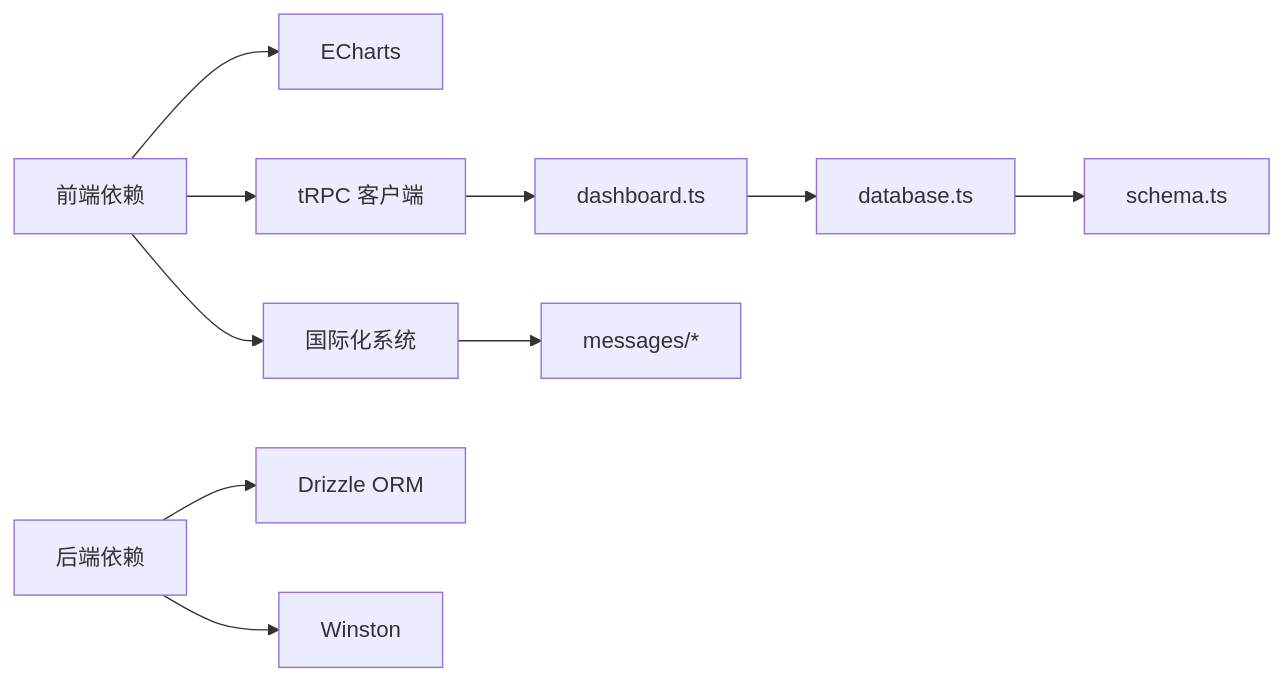
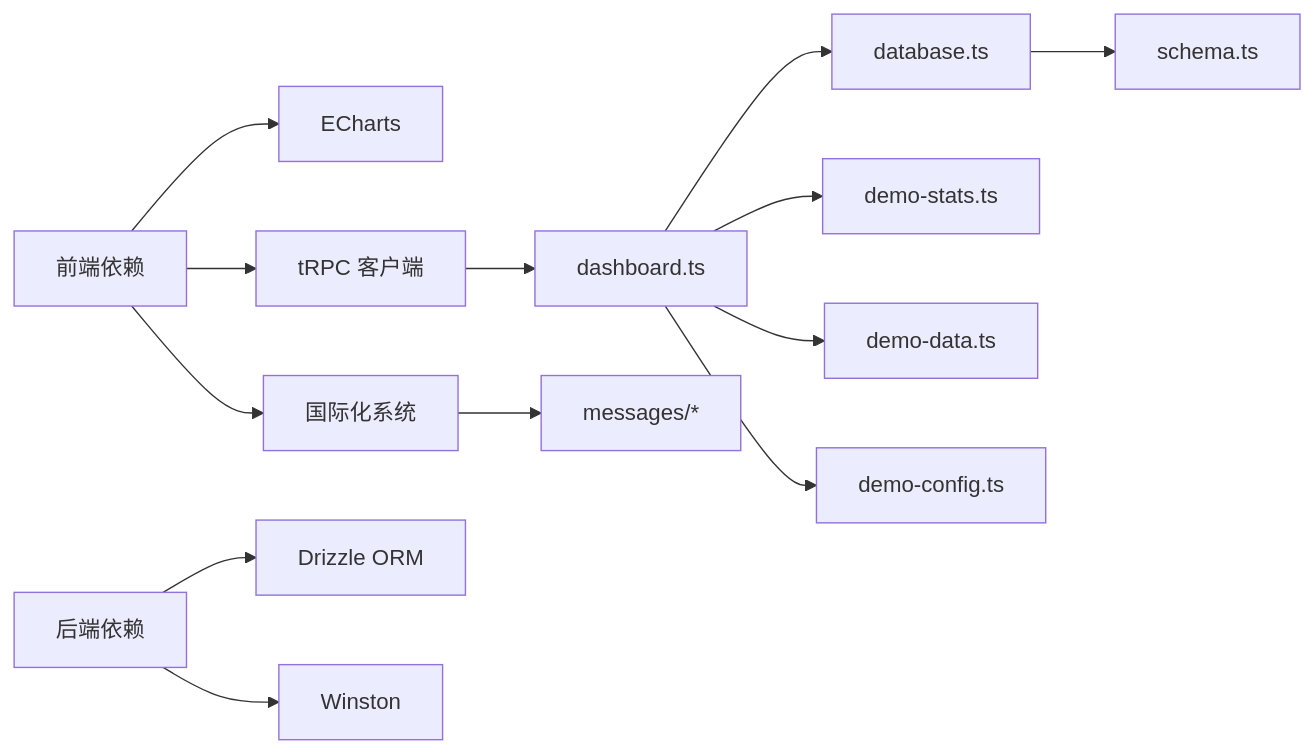
One commit to RadiumAg/AIGate changed diagram 17 of 17 in .qoder/repowiki/zh/content/监控与分析/监控与分析.md. Above: the diagram before and after it, drawn with Mermaid. The commit also changed other lines of this file and 7 other files, not shown here.

````diff
--- a/.qoder/repowiki/zh/content/监控与分析/监控与分析.md
+++ b/.qoder/repowiki/zh/content/监控与分析/监控与分析.md
@@ -511,12 +651,15 @@
 ```mermaid
 graph LR
 FE["前端依赖"] --> ECharts["ECharts"]
 FE --> tRPC["tRPC 客户端"]
 FE --> I18n["国际化系统"]
 BE["后端依赖"] --> Drizzle["Drizzle ORM"]
 BE --> Winston["Winston"]
 tRPC --> TRPC_Router["dashboard.ts"]
 TRPC_Router --> DBLayer["database.ts"]
+TRPC_Router --> DemoStats["demo-stats.ts"]
+TRPC_Router --> DemoData["demo-data.ts"]
+TRPC_Router --> DemoConfig["demo-config.ts"]
 DBLayer --> Schema["schema.ts"]
 I18n --> Messages["messages/*"]
 ```
````
